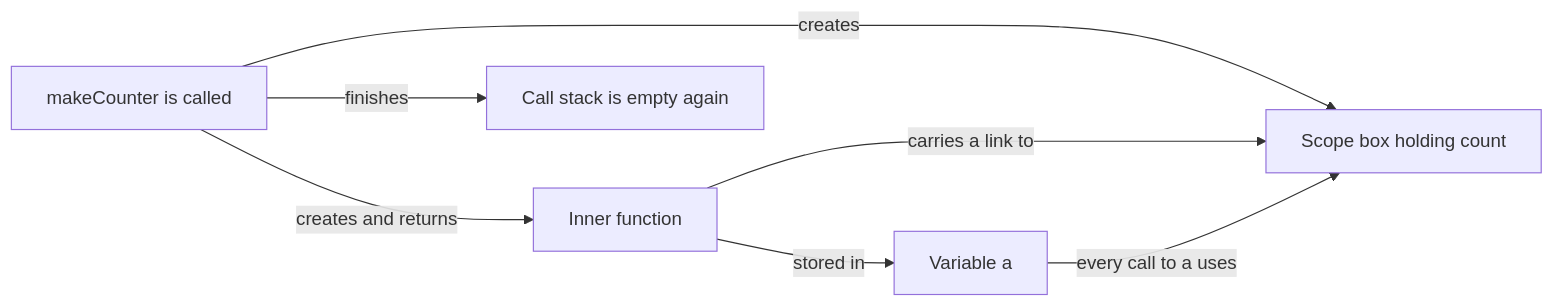
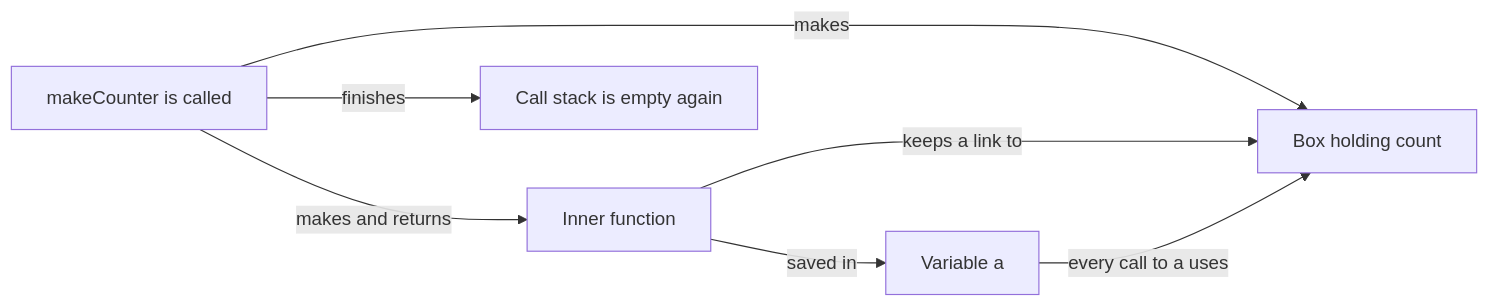
One commit to starjustice/research-material changed the first of 12 diagrams in learn/javascript/05-closures.md. Above: the diagram before and after it, drawn with Mermaid. The commit also changed other lines of this file and 10 other files, not shown here.

````diff
--- a/learn/javascript/05-closures.md
+++ b/learn/javascript/05-closures.md
@@ -28,9 +26,9 @@
 ```mermaid
 graph LR
-    A["makeCounter is called"] -->|creates| B["Scope box holding count"]
-    A -->|creates and returns| C["Inner function"]
-    C -->|carries a link to| B
-    C -->|stored in| D["Variable a"]
+    A["makeCounter is called"] -->|makes| B["Box holding count"]
+    A -->|makes and returns| C["Inner function"]
+    C -->|keeps a link to| B
+    C -->|saved in| D["Variable a"]
     A -->|finishes| E["Call stack is empty again"]
     D -->|every call to a uses| B
 ```
````
